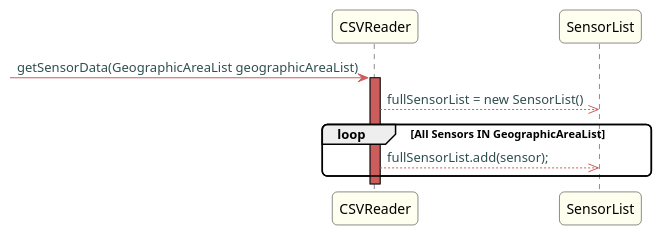
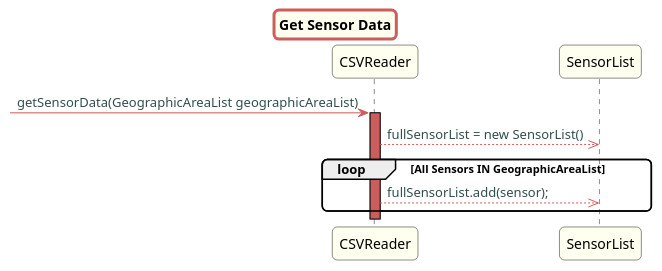
The diagram in src/doc/Controllers/HouseConfiguration/US20/US20GetSensorData.puml (Almadanmp/project), drawn with PlantUML before and after one commit. The commit also changed 12 other files, not shown here.

First line of the commit message:
ref #169 UML format update + readinglist and sensor tests added

```diff
--- a/src/doc/Controllers/HouseConfiguration/US20/US20GetSensorData.puml
+++ b/src/doc/Controllers/HouseConfiguration/US20/US20GetSensorData.puml
@@ -1,41 +1,43 @@
 @startuml
+
+title Get Sensor Data
 
 skinparam titleBorderRoundCorner 10
 skinparam titleBorderThickness 3
 skinparam titleBorderColor indianred
 skinparam titleBackgroundColor ivory
 skinparam FontName quicksand
 
 skinparam actor {
  	BorderColor indianred
  	}
 
  skinparam sequence {
  	LifeLineBackgroundColor indianred
  	ParticipantBackgroundColor ivory
  }
 
  skinparam roundcorner 10
 
  skinparam component {
    arrowThickness 1
    ArrowFontName Verdana
    ArrowColor indianred
    ArrowFontColor darkslategrey
  }
 
 
 
 -> CSVReader: getSensorData(GeographicAreaList geographicAreaList)
 activate CSVReader
 CSVReader -->> SensorList: fullSensorList = new SensorList()
 
 loop All Sensors IN GeographicAreaList
 
 
 CSVReader -->> SensorList: fullSensorList.add(sensor);
 end
 
 
 
 @enduml
```
